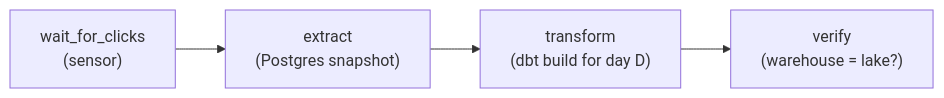
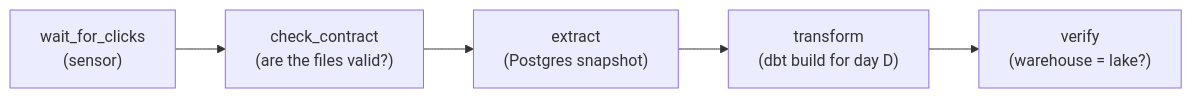
The fourth of 4 diagrams in docs/data-engineering/orchestration.mdx (jawwadzafar/zero-to-prod), drawn with Mermaid before and after one commit. The commit also changed other lines of this file, not shown here.

Commit message:
docs: 17.5 shows the runner's contract check step, with output rerun on the current code (same fingerprints)

````diff
--- a/docs/data-engineering/orchestration.mdx
+++ b/docs/data-engineering/orchestration.mdx
@@ -392,6 +393,7 @@
 ```mermaid
 flowchart LR
-  W["wait_for_clicks<br/>(sensor)"] --> E["extract<br/>(Postgres snapshot)"]
+  W["wait_for_clicks<br/>(sensor)"] --> C["check_contract<br/>(are the files valid?)"]
+  C --> E["extract<br/>(Postgres snapshot)"]
   E --> T["transform<br/>(dbt build for day D)"]
   T --> V["verify<br/>(warehouse = lake?)"]
 ```
````
